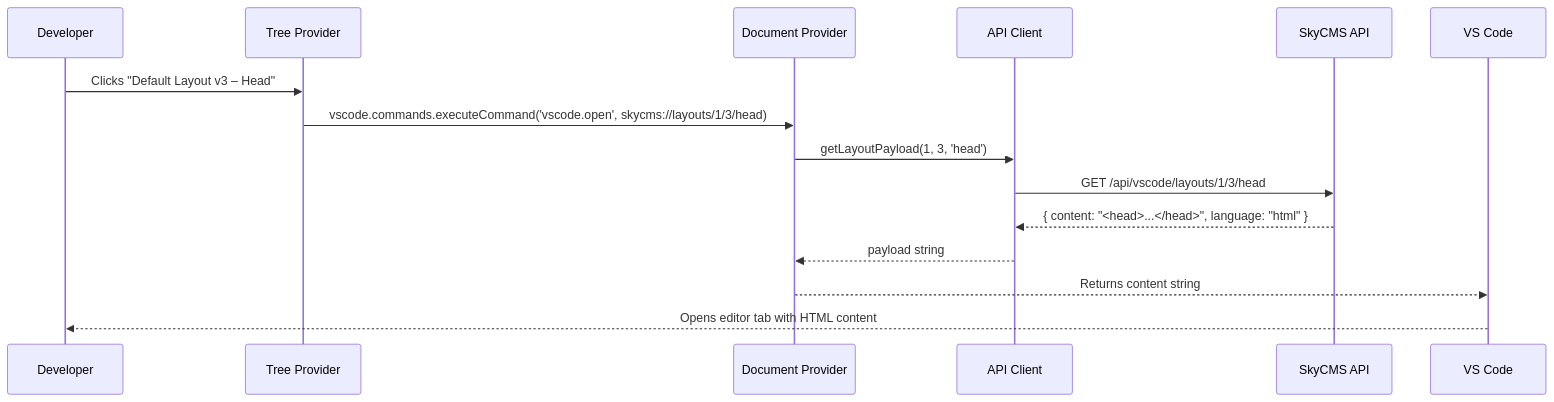
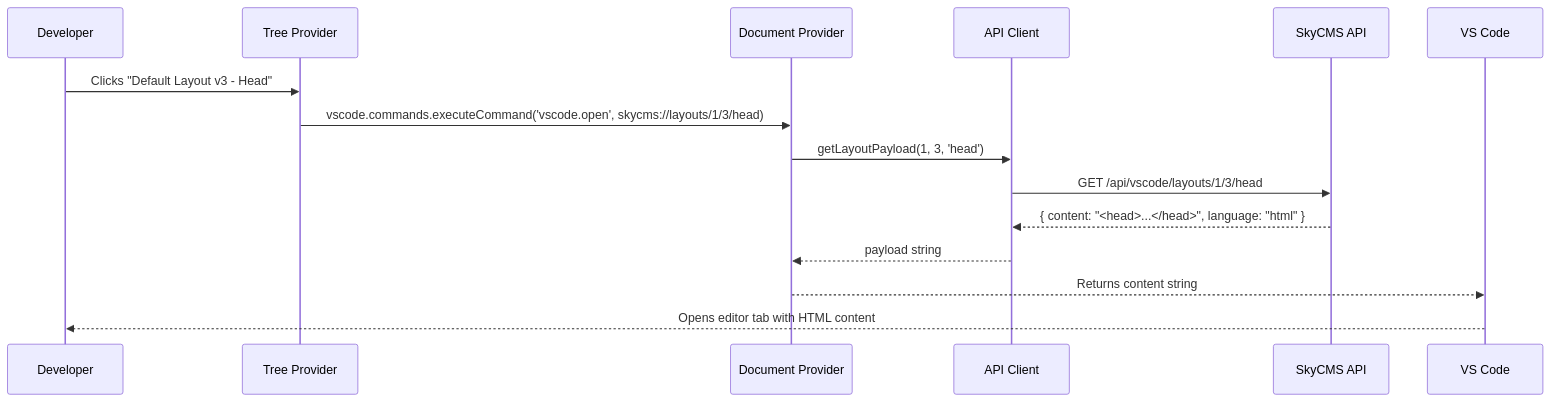
The second of 3 diagrams in docs/03-Architecture.md (CWALabs/skycms-vscode-explorer), drawn with Mermaid before and after one commit. The commit also changed other lines of this file and 32 other files, not shown here.

````diff
--- a/docs/03-Architecture.md
+++ b/docs/03-Architecture.md
@@ -86,17 +88,17 @@
 ```mermaid
 sequenceDiagram
     participant Dev as Developer
     participant Tree as Tree Provider
     participant DocProvider as Document Provider
     participant API as API Client
     participant Server as SkyCMS API
 
-    Dev->>Tree: Clicks "Default Layout v3 – Head"
+    Dev->>Tree: Clicks "Default Layout v3 - Head"
     Tree->>DocProvider: vscode.commands.executeCommand('vscode.open', skycms://layouts/1/3/head)
     DocProvider->>API: getLayoutPayload(1, 3, 'head')
     API->>Server: GET /api/vscode/layouts/1/3/head
     Server-->>API: { content: "<head>...</head>", language: "html" }
     API-->>DocProvider: payload string
     DocProvider-->>VS Code: Returns content string
     VS Code-->>Dev: Opens editor tab with HTML content
 ```
````
